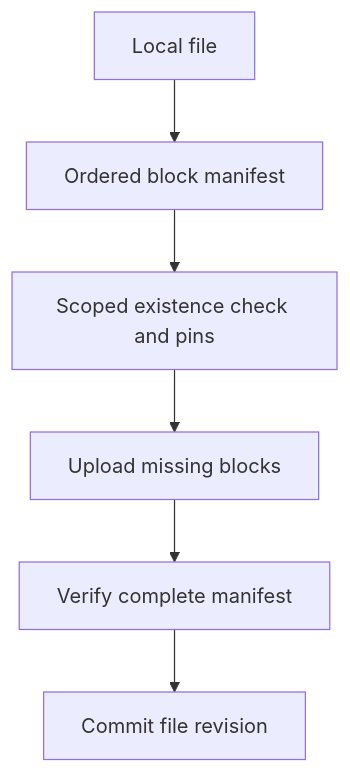
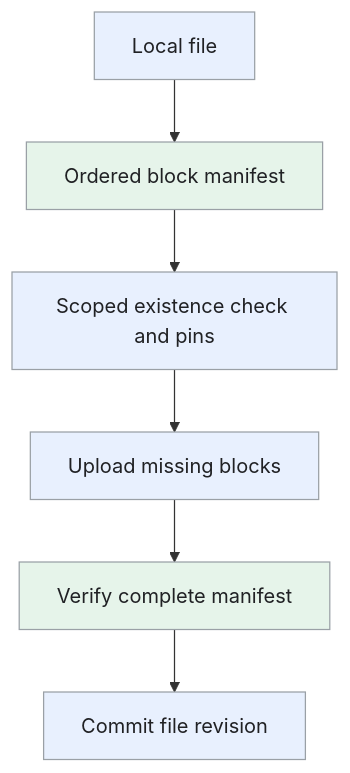
One commit to iliazlobin/iliazlobin.github.io changed the third of 3 diagrams in _designs/system-design-dropbox.md. Above: the diagram before and after it, drawn with Mermaid. The commit also changed other lines of this file and 20 other files, not shown here.

Commit message:
Improve design flows, tradeoffs, and technology references

````diff
--- a/_designs/system-design-dropbox.md
+++ b/_designs/system-design-dropbox.md
@@ -202,8 +242,13 @@
 ```mermaid
 flowchart TB
   F["Local file"] --> M["Ordered block manifest"]
   M --> C["Scoped existence check and pins"]
   C --> U["Upload missing blocks"]
   U --> V["Verify complete manifest"]
   V --> R["Commit file revision"]
+  classDef request fill:#e8f0fe,stroke:#9aa0a6,color:#202124,stroke-width:1px
+  classDef background fill:#e6f4ea,stroke:#9aa0a6,color:#202124,stroke-width:1px
+  classDef control fill:#fef7e0,stroke:#9aa0a6,color:#202124,stroke-width:1px
+  class F,C,U,R request
+  class M,V background
 ```
````
